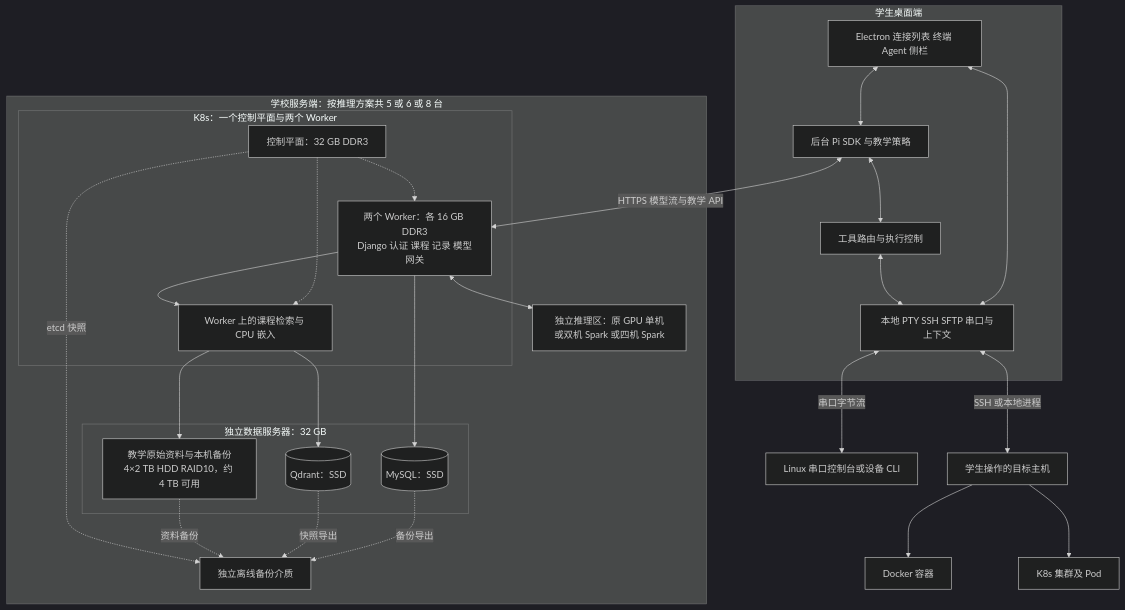
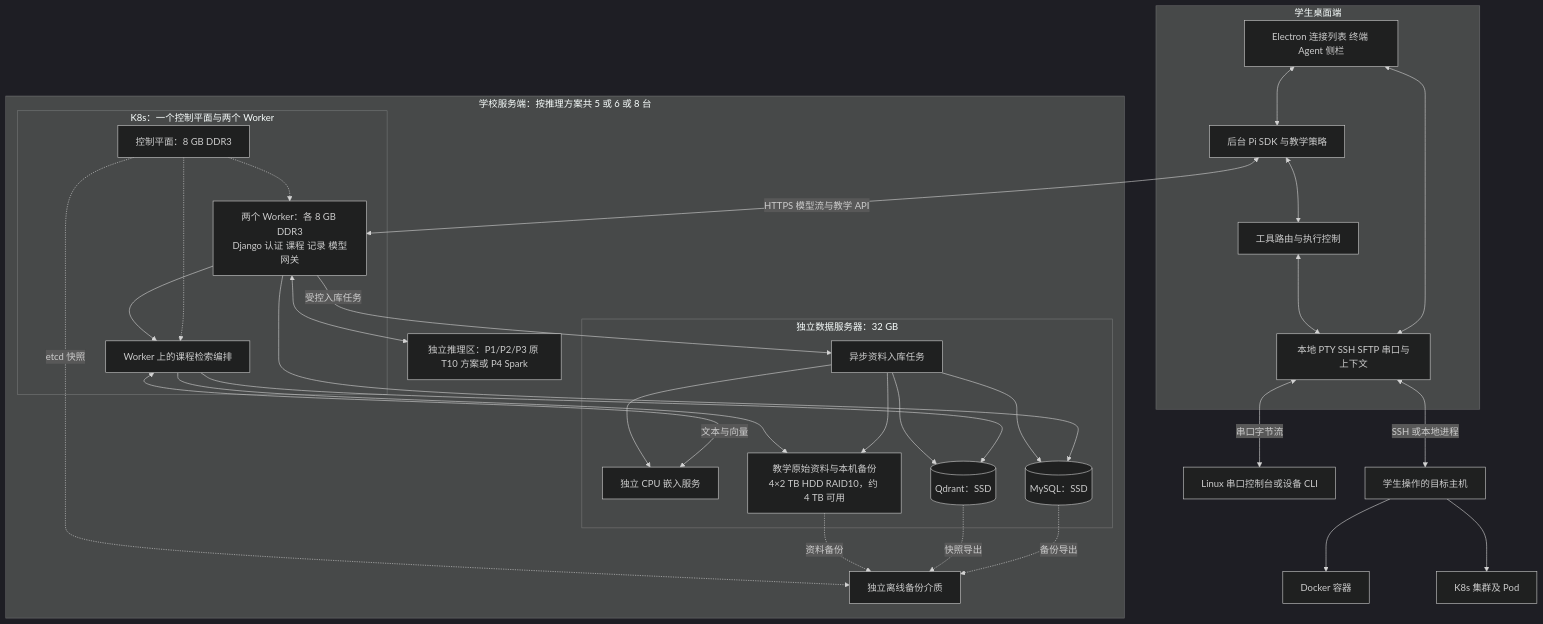
One commit to mssm151/term-tutor changed the diagram in docs/项目设计方案.md. Above: the diagram before and after it, drawn with Mermaid (dark theme). The commit also changed other lines of this file and 10 other files, not shown here.

````diff
--- a/docs/项目设计方案.md
+++ b/docs/项目设计方案.md
@@ -197,43 +197,51 @@
 ```mermaid
 flowchart TB
     subgraph Desktop[学生桌面端]
         UI[Electron 连接列表 终端 Agent 侧栏]
         Pi[后台 Pi SDK 与教学策略]
         Control[工具路由与执行控制]
         Session[本地 PTY SSH SFTP 串口与上下文]
         UI <--> Pi
         UI <--> Session
         Pi <--> Control
         Control <--> Session
     end
     subgraph School[学校服务端：按推理方案共 5 或 6 或 8 台]
         subgraph K8s[K8s：一个控制平面与两个 Worker]
-            Master[控制平面：32 GB DDR3]
-            API[两个 Worker：各 16 GB DDR3<br/>Django 认证 课程 记录 模型网关]
-            RAG[Worker 上的课程检索与 CPU 嵌入]
+            Master[控制平面：8 GB DDR3]
+            API[两个 Worker：各 8 GB DDR3<br/>Django 认证 课程 记录 模型网关]
+            RAG[Worker 上的课程检索编排]
             Master -.-> API
             Master -.-> RAG
             API --> RAG
         end
         subgraph Data[独立数据服务器：32 GB]
+            Embedding[独立 CPU 嵌入服务]
+            Ingest[异步资料入库任务]
             SQL[(MySQL：SSD)]
             Vector[(Qdrant：SSD)]
             Files[教学原始资料与本机备份<br/>4×2 TB HDD RAID10，约 4 TB 可用]
         end
-        LLM[独立推理区：原 GPU 单机或双机 Spark 或四机 Spark]
+        LLM[独立推理区：P1/P2/P3 原 T10 方案或 P4 Spark]
         Backup[独立离线备份介质]
         API --> SQL
+        RAG <-->|文本与向量| Embedding
         RAG --> Vector
+        API -->|受控入库任务| Ingest
+        Ingest --> Embedding
+        Ingest --> Vector
+        Ingest --> SQL
+        Ingest --> Files
         RAG --> Files
         API <--> LLM
         SQL -.备份导出.-> Backup
         Vector -.快照导出.-> Backup
         Files -.资料备份.-> Backup
         Master -.etcd 快照.-> Backup
     end
     Pi <-->|HTTPS 模型流与教学 API| API
     Session <-->|SSH 或本地进程| Target[学生操作的目标主机]
     Session <-->|串口字节流| Device[Linux 串口控制台或设备 CLI]
     Target --> Container[Docker 容器]
     Target --> Cluster[K8s 集群及 Pod]
 ```
````
